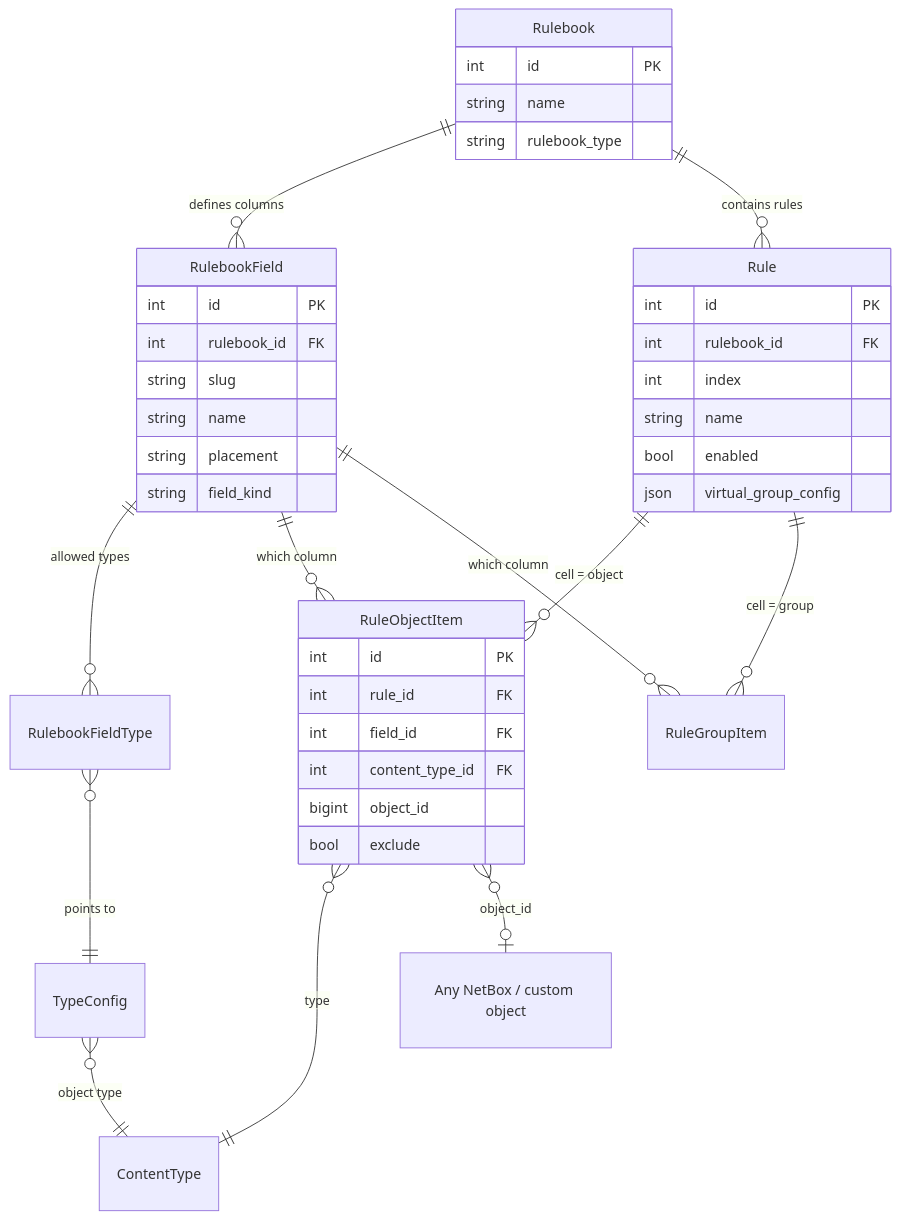
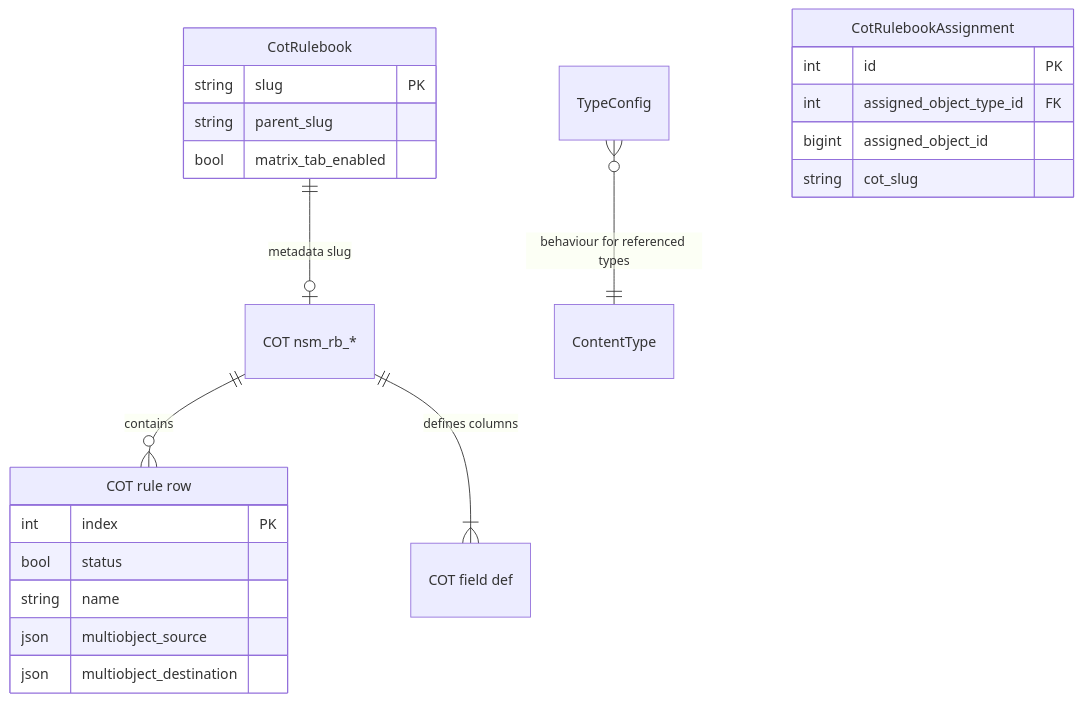
One commit to christianbur/netbox-nsm changed the second of 5 diagrams in docs/RULE_DATA_STORAGE.md. Above: the diagram before and after it, drawn with Mermaid. The commit also changed other lines of this file and 276 other files, not shown here.

````diff
--- a/docs/RULE_DATA_STORAGE.md
+++ b/docs/RULE_DATA_STORAGE.md
@@ -64,49 +65,28 @@
 ```mermaid
 erDiagram
-    Rulebook ||--o{ RulebookField : "defines columns"
-    Rulebook ||--o{ Rule : "contains rules"
-    RulebookField ||--o{ RulebookFieldType : "allowed types"
-    RulebookFieldType }o--|| TypeConfig : "points to"
-    TypeConfig }o--|| ContentType : "object type"
+    CotRulebook ||--o| "COT nsm_rb_*" : "metadata slug"
+    "COT nsm_rb_*" ||--o{ "COT rule row" : "contains"
+    "COT nsm_rb_*" ||--|{ "COT field def" : "defines columns"
+    TypeConfig }o--|| ContentType : "behaviour for referenced types"
 
-    Rule ||--o{ RuleObjectItem : "cell = object"
-    Rule ||--o{ RuleGroupItem : "cell = group"
-    RulebookField ||--o{ RuleObjectItem : "which column"
-    RulebookField ||--o{ RuleGroupItem : "which column"
-
-    RuleObjectItem }o--|| ContentType : "type"
-    RuleObjectItem }o--o| "Any NetBox / custom object" : "object_id"
-
-    Rulebook {
-        int id PK
+    "COT rule row" {
+        int index PK
+        bool status
         string name
-        string rulebook_type
+        json multiobject_source
+        json multiobject_destination
     }
 
-    RulebookField {
-        int id PK
-        int rulebook_id FK
-        string slug
-        string name
-        string placement
-        string field_kind
+    CotRulebook {
+        string slug PK
+        string parent_slug
+        bool matrix_tab_enabled
     }
 
-    Rule {
+    CotRulebookAssignment {
         int id PK
-        int rulebook_id FK
-        int index
-        string name
-        bool enabled
-        json virtual_group_config
-    }
-
-    RuleObjectItem {
-        int id PK
-        int rule_id FK
-        int field_id FK
-        int content_type_id FK
-        bigint object_id
-        bool exclude
+        int assigned_object_type_id FK
+        bigint assigned_object_id
+        string cot_slug
     }
 ```
````
